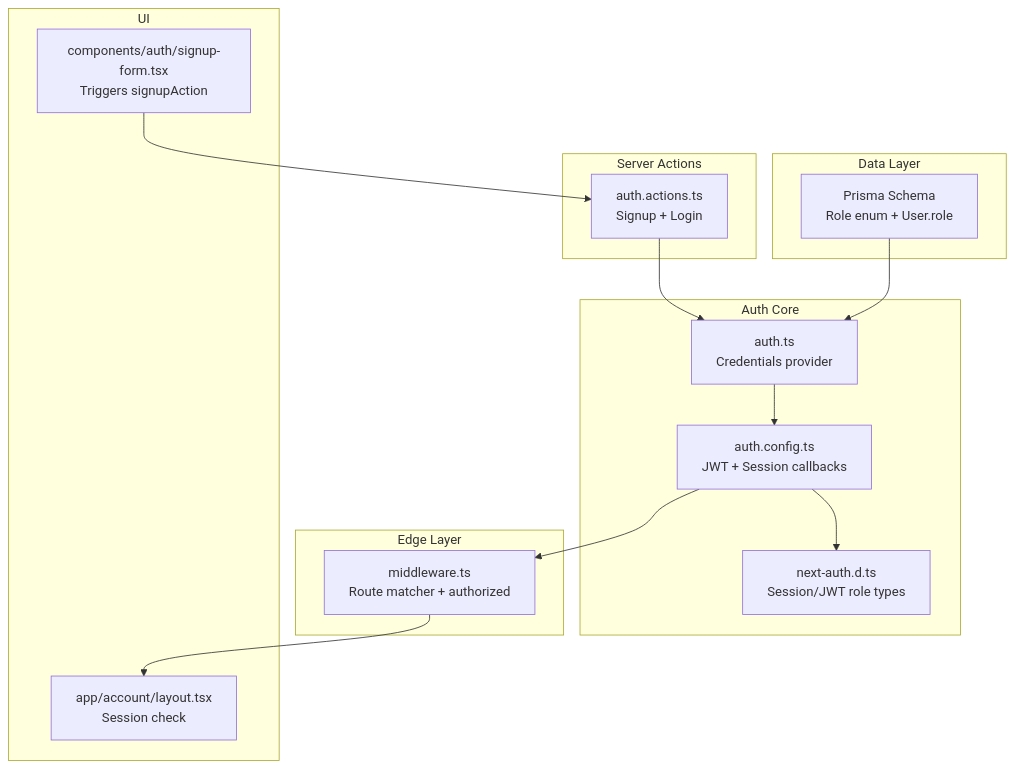
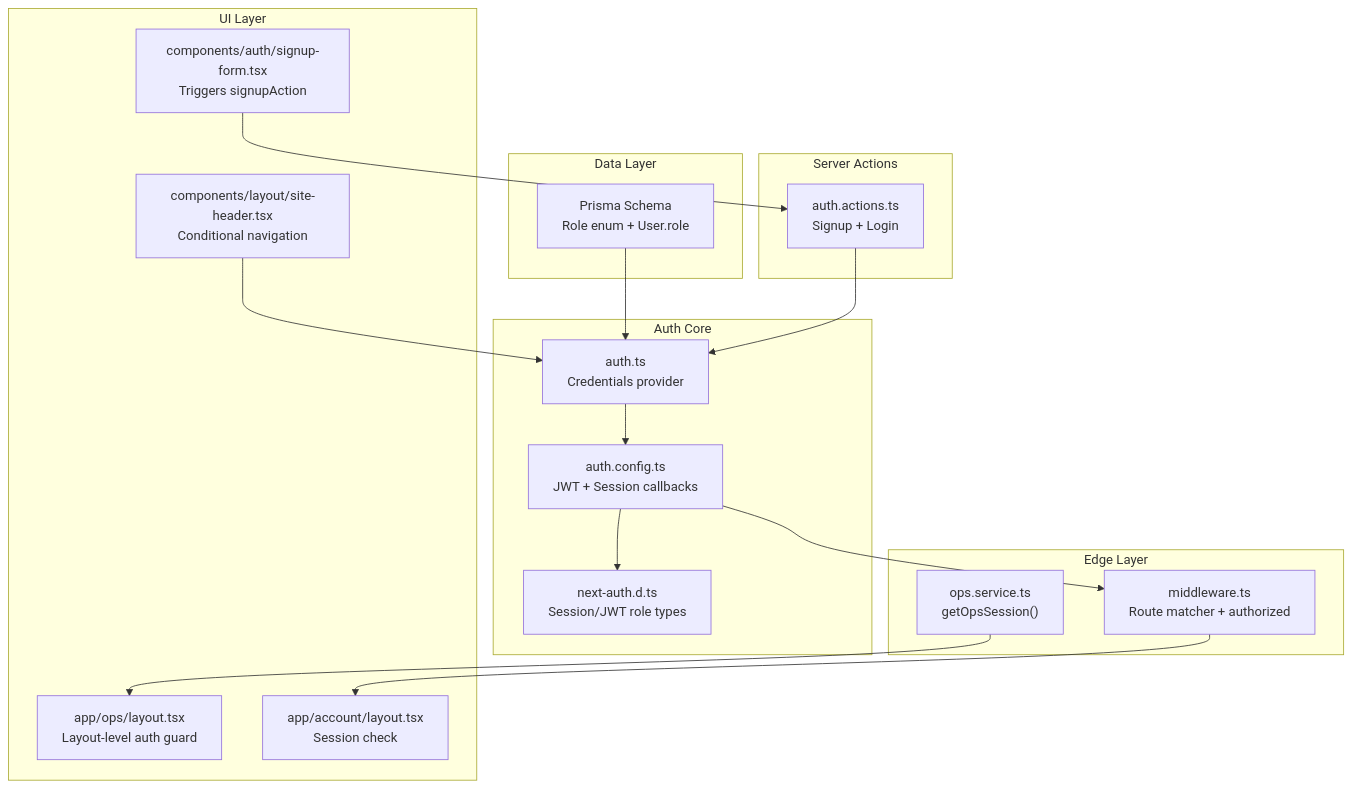
The first of 11 diagrams in .qoder/repowiki/en/content/Authentication System/Role-Based Access Control.md (gyamposudodzi/Timberland), drawn with Mermaid before and after one commit. The commit also changed other lines of this file and 65 other files, not shown here.

First line of the commit message:
feat(auth): enhance role-based access control with staff/admin ops interface

````diff
--- a/.qoder/repowiki/en/content/Authentication System/Role-Based Access Control.md
+++ b/.qoder/repowiki/en/content/Authentication System/Role-Based Access Control.md
@@ -41,28 +55,33 @@
 ```mermaid
 graph TB
 subgraph "Data Layer"
 PRISMA["Prisma Schema<br/>Role enum + User.role"]
 end
 subgraph "Auth Core"
 AUTH_CONFIG["auth.config.ts<br/>JWT + Session callbacks"]
 AUTH_RUNTIME["auth.ts<br/>Credentials provider"]
 TYPES["next-auth.d.ts<br/>Session/JWT role types"]
 end
 subgraph "Edge Layer"
 MIDDLEWARE["middleware.ts<br/>Route matcher + authorized"]
+OPS_SERVICE["ops.service.ts<br/>getOpsSession()"]
+end
+subgraph "UI Layer"
+OPS_LAYOUT["app/ops/layout.tsx<br/>Layout-level auth guard"]
+SITE_HEADER["components/layout/site-header.tsx<br/>Conditional navigation"]
+ACCOUNT_LAYOUT["app/account/layout.tsx<br/>Session check"]
+SIGNUP_FORM["components/auth/signup-form.tsx<br/>Triggers signupAction"]
 end
 subgraph "Server Actions"
 ACTIONS["auth.actions.ts<br/>Signup + Login"]
-end
-subgraph "UI"
-ACCOUNT_LAYOUT["app/account/layout.tsx<br/>Session check"]
-SIGNUP_FORM["components/auth/signup-form.tsx<br/>Triggers signupAction"]
 end
 PRISMA --> AUTH_RUNTIME
 AUTH_RUNTIME --> AUTH_CONFIG
 AUTH_CONFIG --> MIDDLEWARE
 AUTH_CONFIG --> TYPES
+OPS_SERVICE --> OPS_LAYOUT
+SITE_HEADER --> AUTH_RUNTIME
 ACTIONS --> AUTH_RUNTIME
 SIGNUP_FORM --> ACTIONS
 MIDDLEWARE --> ACCOUNT_LAYOUT
 ```
````
